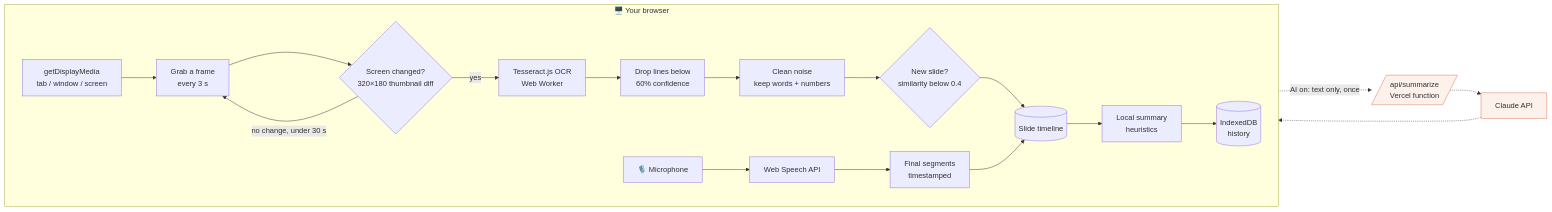
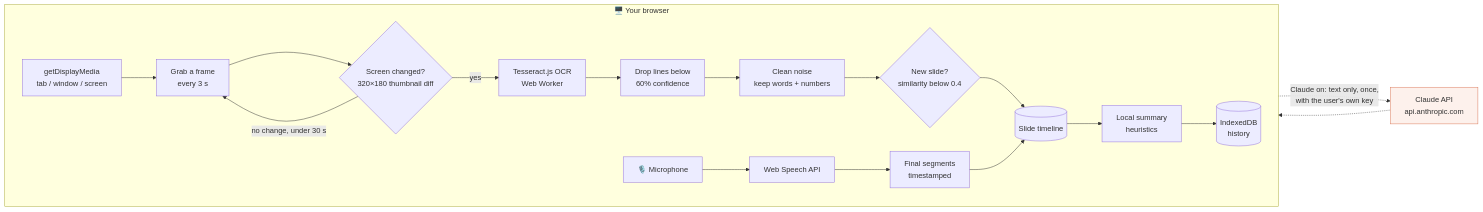
One commit to arvinj1/screenshare-transcribe changed the first of 2 diagrams in README.md. Above: the diagram before and after it, drawn with Mermaid. The commit also changed other lines of this file and 18 other files, not shown here.

First line of the commit message:
Bring-your-own-key Claude summaries, settings panel and on-page intro (#9)

````diff
--- a/README.md
+++ b/README.md
@@ -79,28 +80,27 @@
 ```mermaid
 flowchart LR
     subgraph Browser["🖥️ Your browser"]
         direction LR
         A[getDisplayMedia<br/>tab / window / screen] --> B[Grab a frame<br/>every 3 s]
         B --> C{Screen changed?<br/>320×180 thumbnail diff}
         C -- "no change, under 30 s" --> B
         C -- yes --> D[Tesseract.js OCR<br/>Web Worker]
         D --> E[Drop lines below<br/>60% confidence]
         E --> F[Clean noise<br/>keep words + numbers]
         F --> G{New slide?<br/>similarity below 0.4}
         G --> H[(Slide timeline)]
 
         M[🎙️ Microphone] --> N[Web Speech API]
         N --> O[Final segments<br/>timestamped]
         O --> H
 
         H --> P[Local summary<br/>heuristics]
         P --> Q[(IndexedDB<br/>history)]
     end
 
-    P -. "AI on: text only, once" .-> R[/api/summarize<br/>Vercel function/]
-    R -.-> S[Claude API]
+    P -. "Claude on: text only, once,<br/>with the user's own key" .-> S[Claude API<br/>api.anthropic.com]
     S -.-> P
 
     classDef remote fill:#fdf1ec,stroke:#D97757,color:#333;
-    class R,S remote;
+    class S remote;
 ```
````
